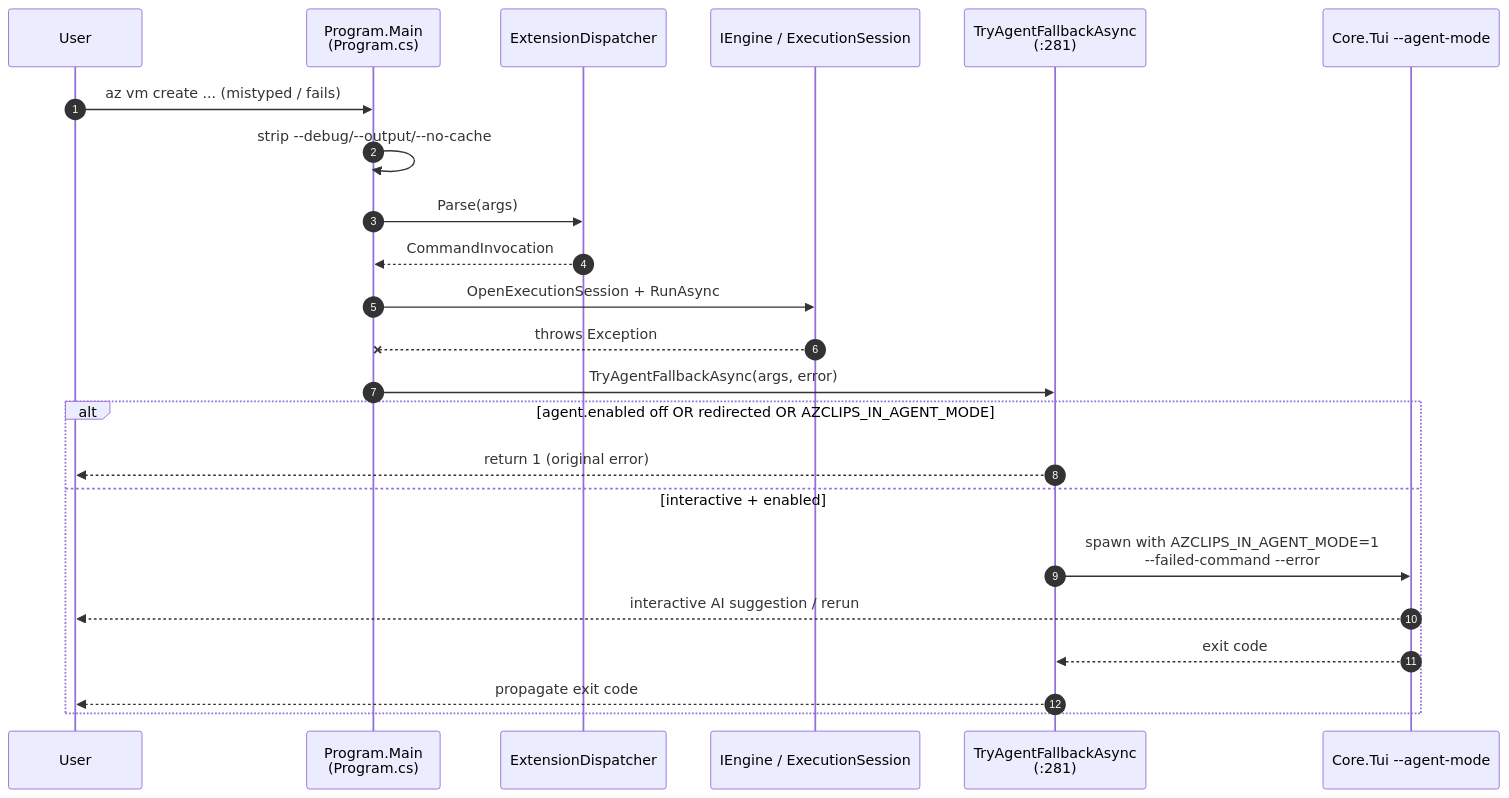
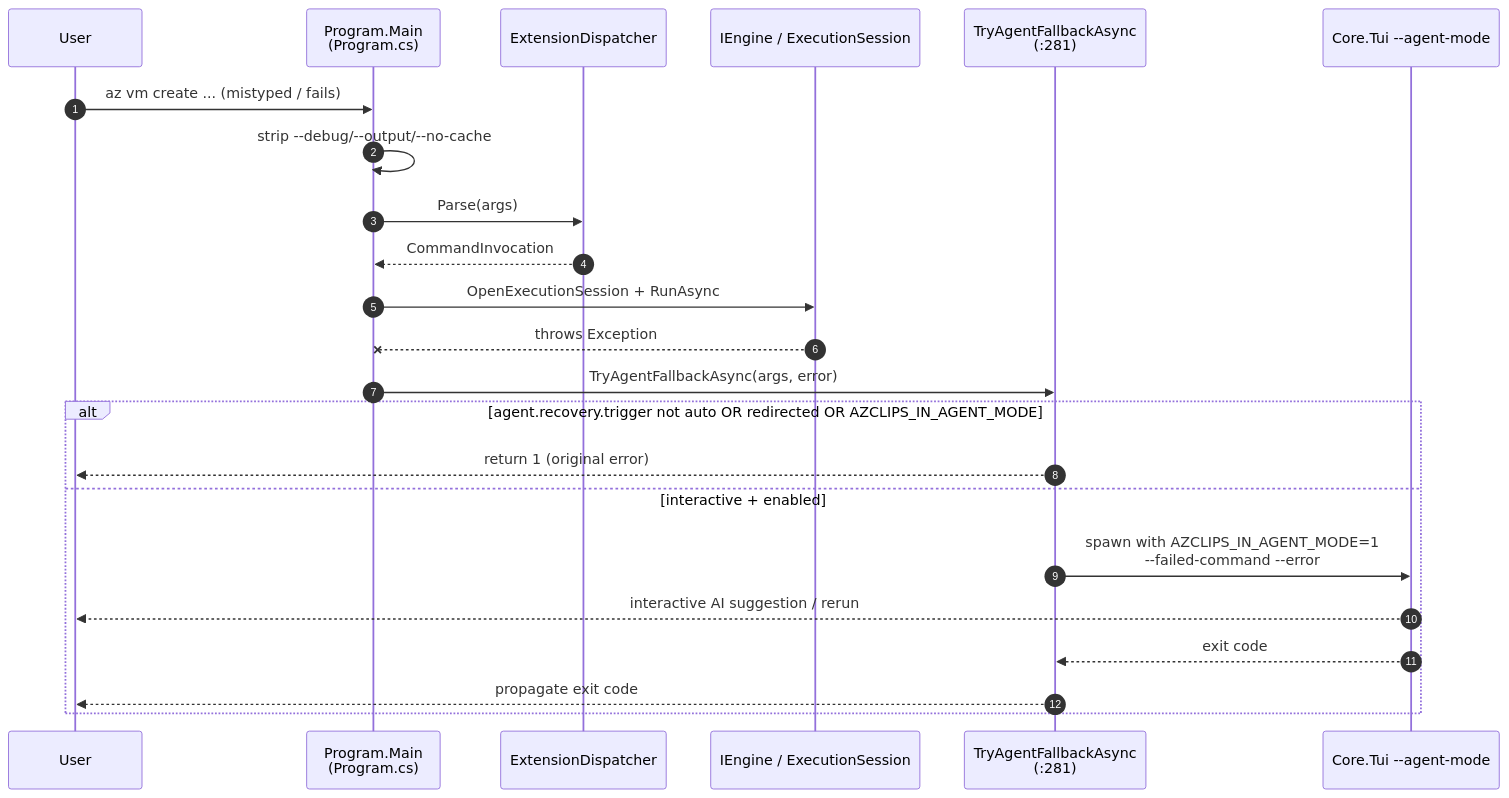
One commit to Azure/azclips changed the second of 2 diagrams in wiki/01-getting-started/cli-usage.md. Above: the diagram before and after it, drawn with Mermaid. The commit also changed other lines of this file and 113 other files, not shown here.

First line of the commit message:
[Agent] Add user-triggered AI error recovery (#934)

````diff
--- a/wiki/01-getting-started/cli-usage.md
+++ b/wiki/01-getting-started/cli-usage.md
@@ -104,26 +104,26 @@
 ```mermaid
 sequenceDiagram
     autonumber
     participant User
     participant Main as Program.Main<br>(Program.cs)
     participant Disp as ExtensionDispatcher
     participant Eng as IEngine / ExecutionSession
     participant Fallback as TryAgentFallbackAsync<br>(:281)
     participant TUI as Core.Tui --agent-mode
 
     User->>Main: az vm create ... (mistyped / fails)
     Main->>Main: strip --debug/--output/--no-cache
     Main->>Disp: Parse(args)
     Disp-->>Main: CommandInvocation
     Main->>Eng: OpenExecutionSession + RunAsync
     Eng--xMain: throws Exception
     Main->>Fallback: TryAgentFallbackAsync(args, error)
-    alt agent.enabled off OR redirected OR AZCLIPS_IN_AGENT_MODE
+    alt agent.recovery.trigger not auto OR redirected OR AZCLIPS_IN_AGENT_MODE
         Fallback-->>User: return 1 (original error)
     else interactive + enabled
         Fallback->>TUI: spawn with AZCLIPS_IN_AGENT_MODE=1<br>--failed-command --error
         TUI-->>User: interactive AI suggestion / rerun
         TUI-->>Fallback: exit code
         Fallback-->>User: propagate exit code
     end
 ```
````
